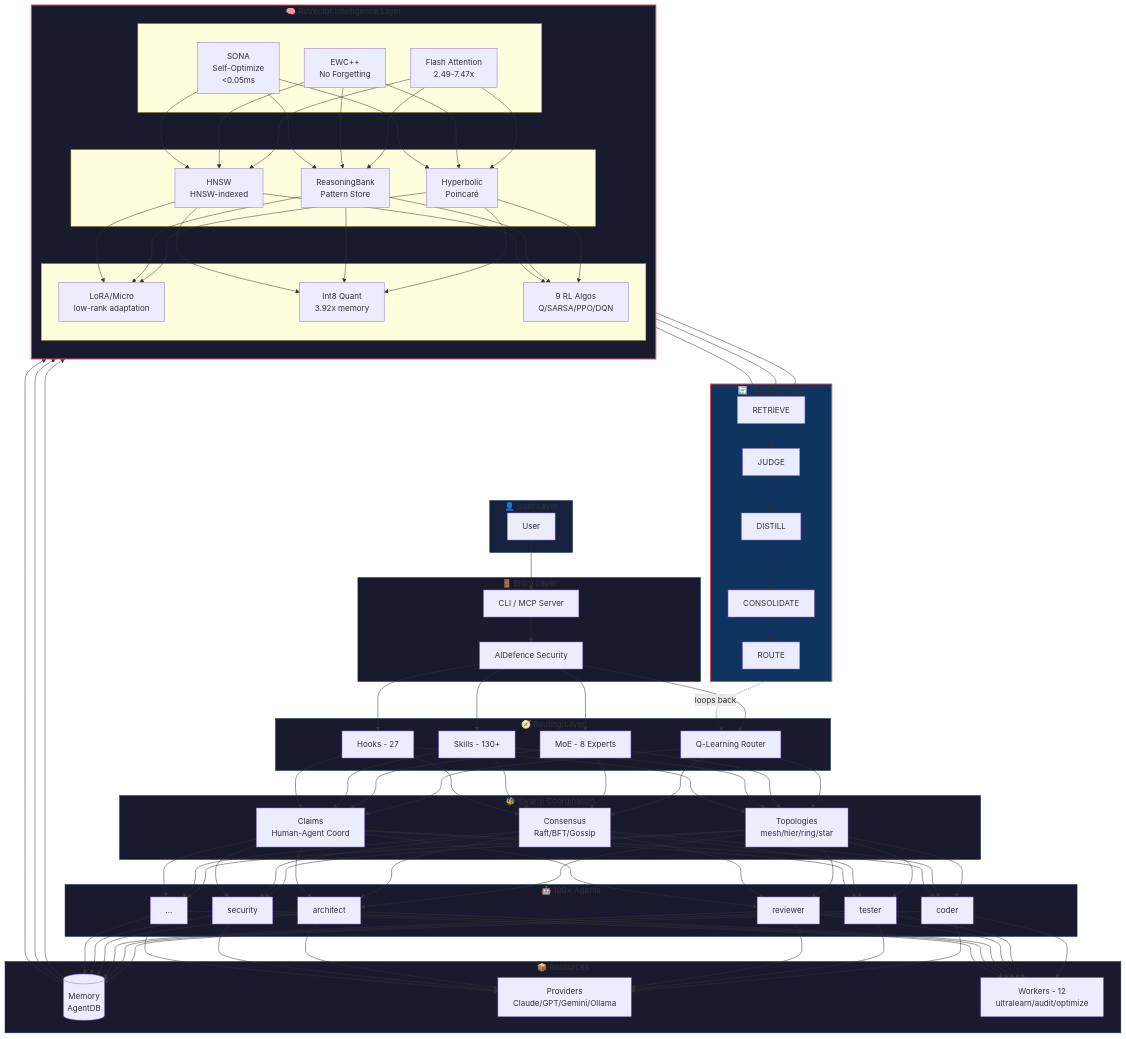
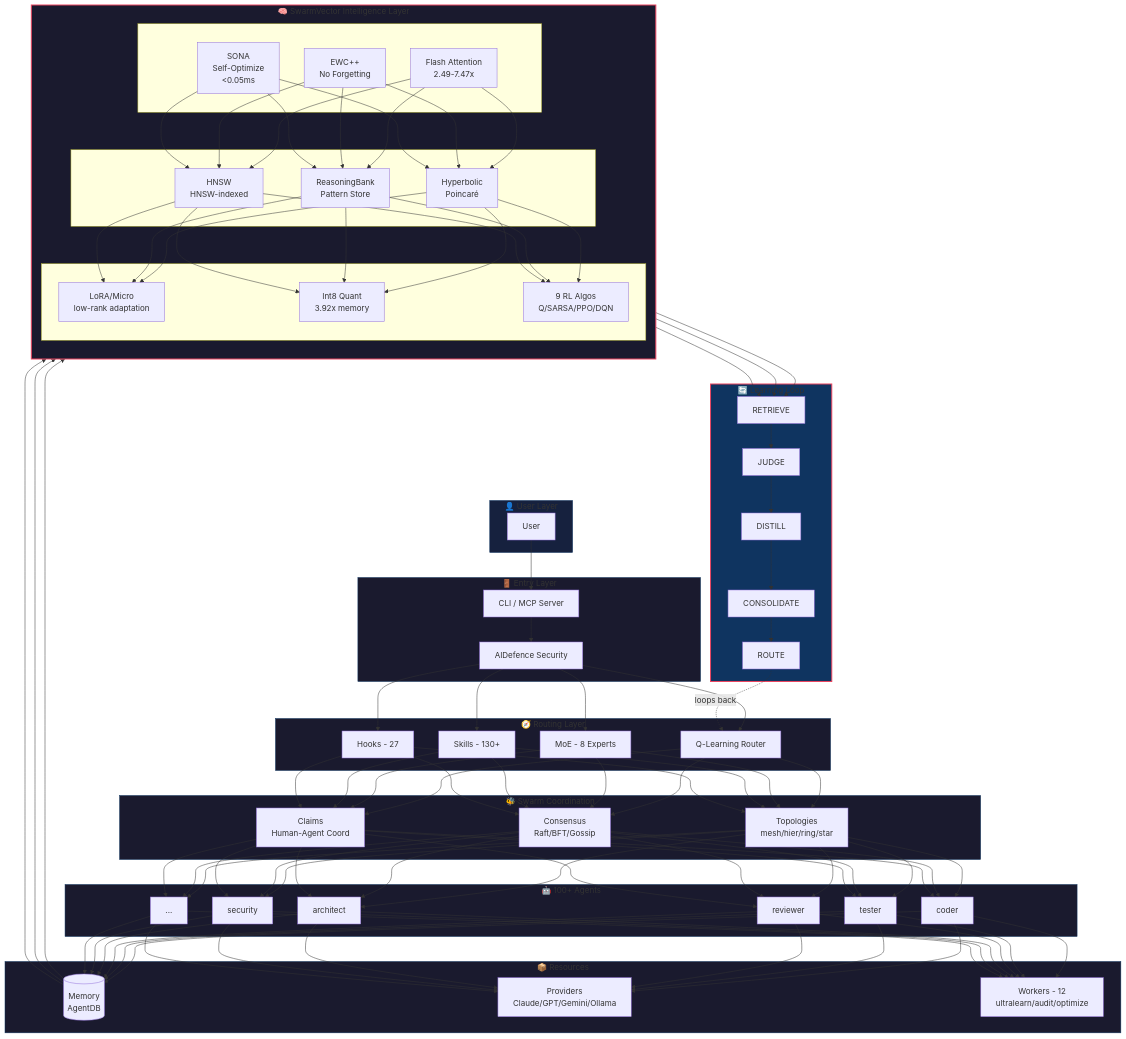
One commit to JannieP/swarmdo changed the first of 6 diagrams in docs/USERGUIDE.md. Above: the diagram before and after it, drawn with Mermaid. The commit also changed other lines of this file and 1189 other files, not shown here.

```diff
--- a/docs/USERGUIDE.md
+++ b/docs/USERGUIDE.md
@@ -133,7 +133,7 @@
         WORK[Workers - 12<br/>ultralearn/audit/optimize]
     end
 
-    subgraph RUVECTOR["🧠 RuVector Intelligence Layer"]
+    subgraph SWARMVECTOR["🧠 SwarmVector Intelligence Layer"]
         direction TB
         subgraph ROW1[" "]
             SONA[SONA<br/>Self-Optimize<br/>&lt;0.05ms]
@@ -168,7 +168,7 @@
     LORA & QUANT & RL --> L1
     L5 -.->|loops back| QL
 
-    style RUVECTOR fill:#1a1a2e,stroke:#e94560,stroke-width:2px
+    style SWARMVECTOR fill:#1a1a2e,stroke:#e94560,stroke-width:2px
     style LEARNING fill:#0f3460,stroke:#e94560,stroke-width:2px
     style USER fill:#16213e,stroke:#0f3460
     style ENTRY fill:#1a1a2e,stroke:#0f3460
```
